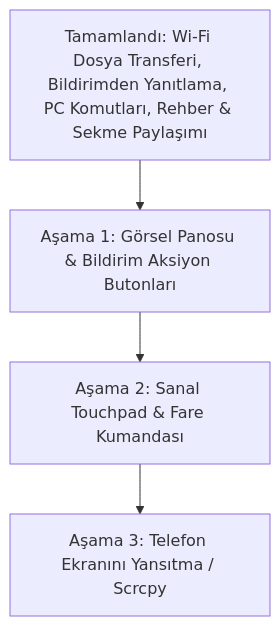
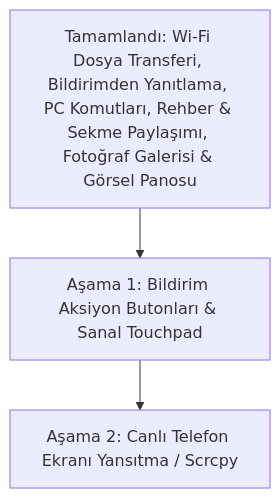
One commit to bysinbin/android-sync changed the diagram in FEATURE_COMPARISON.md. Above: the diagram before and after it, drawn with Mermaid. The commit also changed other lines of this file and 15 other files, not shown here.

````diff
--- a/FEATURE_COMPARISON.md
+++ b/FEATURE_COMPARISON.md
@@ -131,6 +131,5 @@
 ```mermaid
 graph TD
-    A[Tamamlandı: Wi-Fi Dosya Transferi, Bildirimden Yanıtlama, PC Komutları, Rehber & Sekme Paylaşımı] --> B[Aşama 1: Görsel Panosu & Bildirim Aksiyon Butonları]
-    B --> C[Aşama 2: Sanal Touchpad & Fare Kumandası]
-    C --> D[Aşama 3: Telefon Ekranını Yansıtma / Scrcpy]
+    A[Tamamlandı: Wi-Fi Dosya Transferi, Bildirimden Yanıtlama, PC Komutları, Rehber & Sekme Paylaşımı, Fotoğraf Galerisi & Görsel Panosu] --> B[Aşama 1: Bildirim Aksiyon Butonları & Sanal Touchpad]
+    B --> C[Aşama 2: Canlı Telefon Ekranı Yansıtma / Scrcpy]
 ```
````
